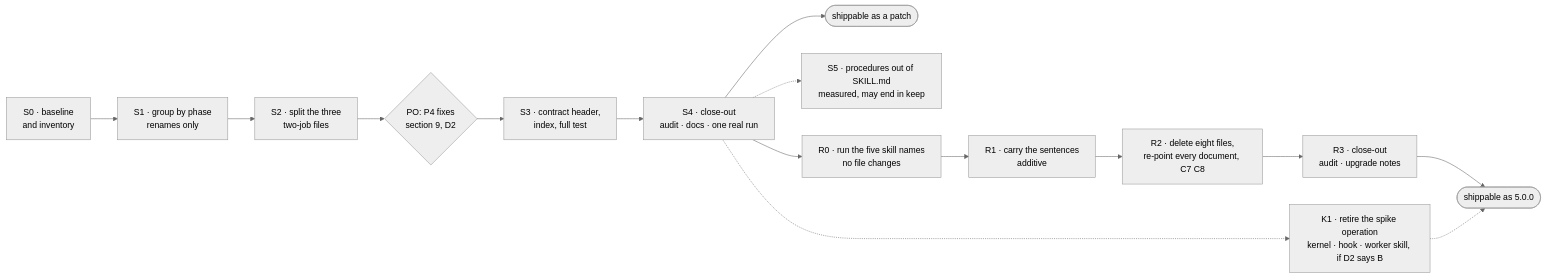
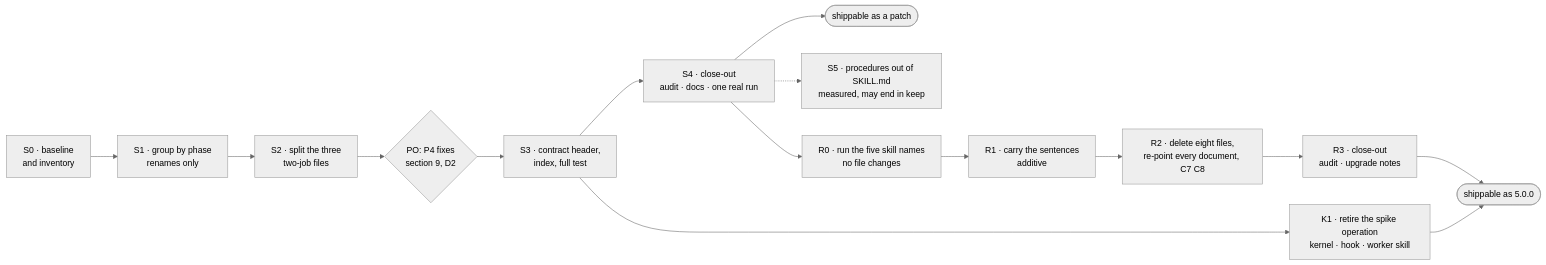
The third of 3 diagrams in docs/design/v4/plan-2026-11-09-building-anatomy.md (nguyenvanphituoc/shapeup-sdlc-plugin), drawn with Mermaid (neutral theme) before and after one commit. The commit also changed other lines of this file, not shown here.

Commit message:
docs(v4): record the decision to retire the spike operation in 5.0.0

````diff
--- a/docs/design/v4/plan-2026-11-09-building-anatomy.md
+++ b/docs/design/v4/plan-2026-11-09-building-anatomy.md
@@ -331,17 +331,17 @@
 ```mermaid
 flowchart LR
   S0["S0 · baseline<br/>and inventory"] --> S1["S1 · group by phase<br/>renames only"]
   S1 --> S2["S2 · split the three<br/>two-job files"]
   S2 --> D{"PO: P4 fixes<br/>section 9, D2"}
   D --> S3["S3 · contract header,<br/>index, full test"]
   S3 --> S4["S4 · close-out<br/>audit · docs · one real run"]
   S4 --> SHIP(["shippable as a patch"])
   S4 -.-> S5["S5 · procedures out of SKILL.md<br/>measured, may end in keep"]
   S4 --> R0["R0 · run the five skill names<br/>no file changes"]
   R0 --> R1["R1 · carry the sentences<br/>additive"]
   R1 --> R2["R2 · delete eight files,<br/>re-point every document, C7 C8"]
   R2 --> R3["R3 · close-out<br/>audit · upgrade notes"]
   R3 --> SHIP2(["shippable as 5.0.0"])
-  S4 -.-> K1["K1 · retire the spike operation<br/>kernel · hook · worker skill, if D2 says B"]
-  K1 -.-> SHIP2
+  S3 --> K1["K1 · retire the spike operation<br/>kernel · hook · worker skill"]
+  K1 --> SHIP2
 ```
````
